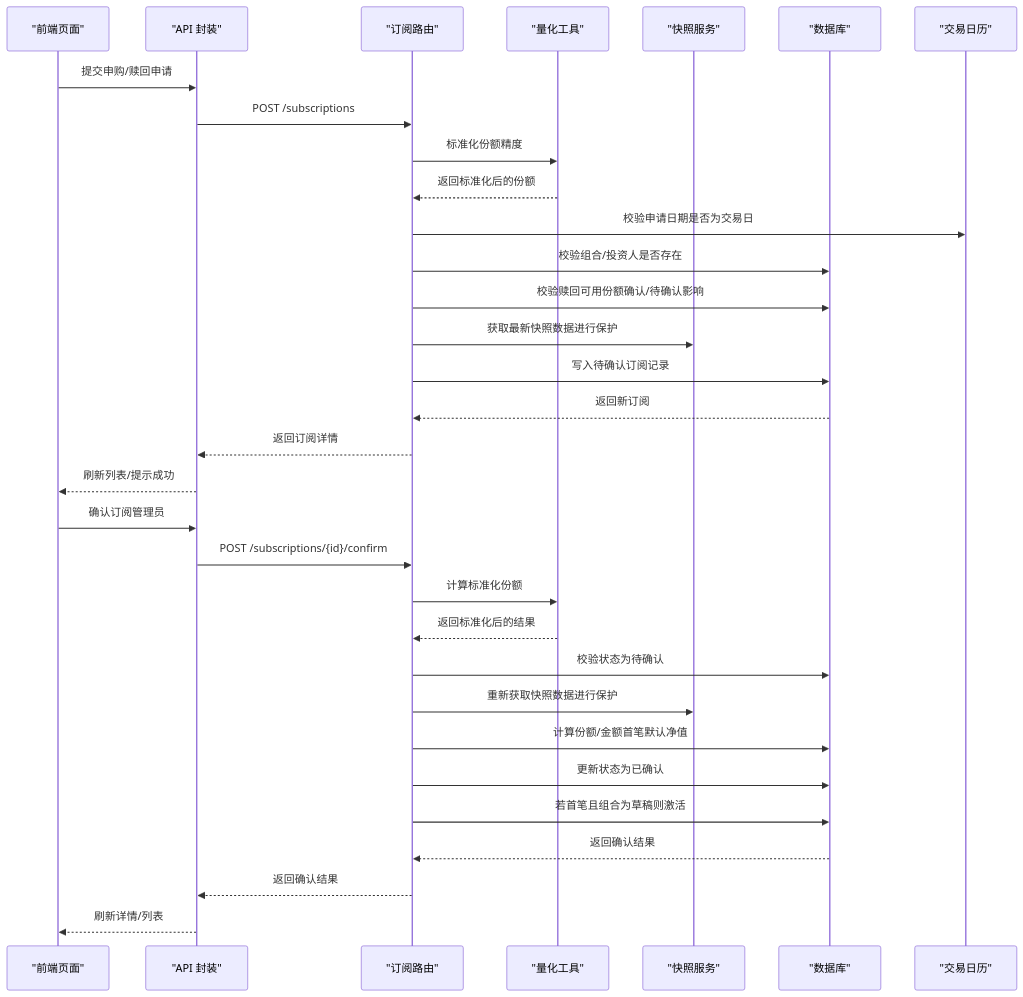
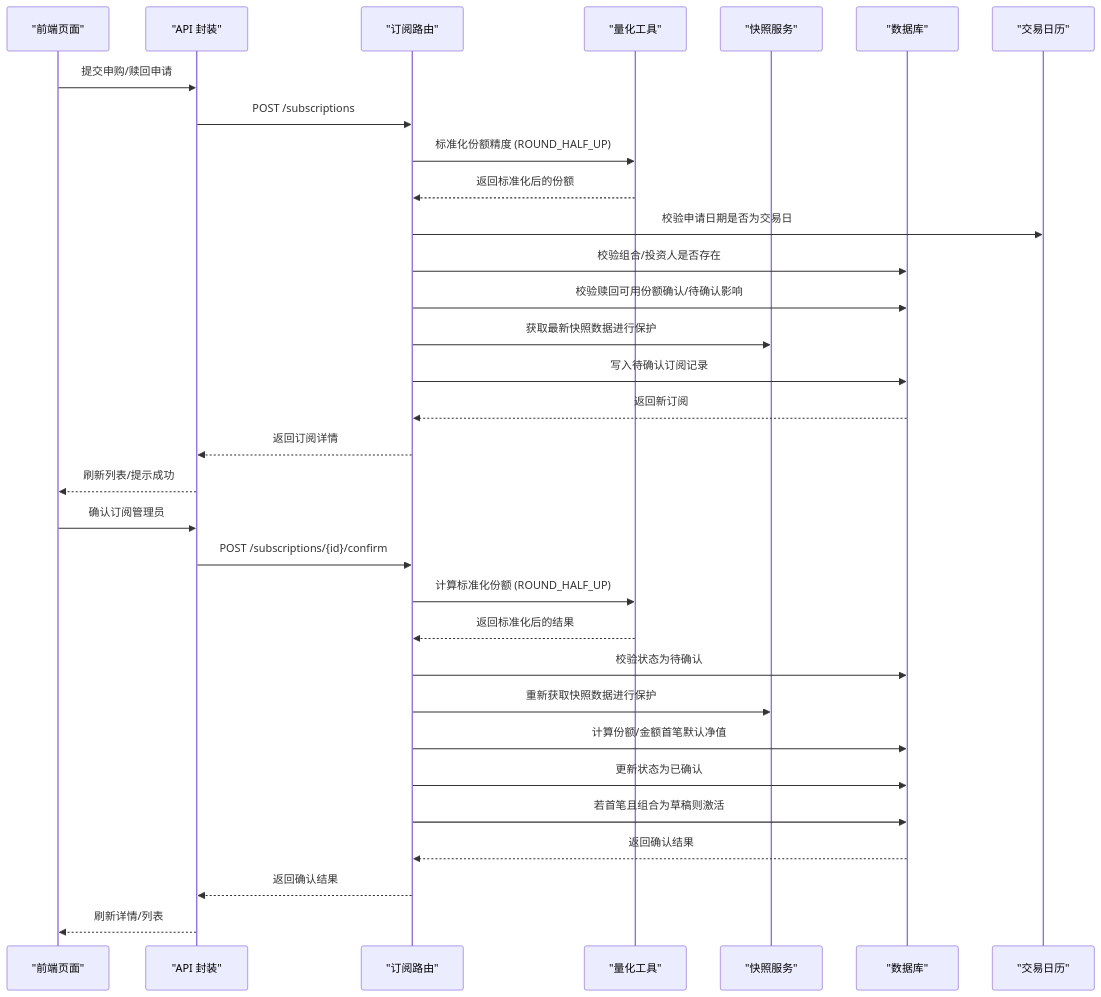
Before and after one commit to gujialind/InvestRing: the second of 7 diagrams in .qoder/repowiki/zh/content/核心业务功能/订阅管理.md, drawn with Mermaid. The commit also changed other lines of this file and 32 other files, not shown here.

````diff
--- a/.qoder/repowiki/zh/content/核心业务功能/订阅管理.md
+++ b/.qoder/repowiki/zh/content/核心业务功能/订阅管理.md
@@ -151,34 +150,34 @@
 ```mermaid
 sequenceDiagram
 participant FE as "前端页面"
 participant API as "API 封装"
 participant Router as "订阅路由"
 participant Utils as "量化工具"
 participant Snap as "快照服务"
 participant DB as "数据库"
 participant Cal as "交易日历"
 FE->>API : 提交申购/赎回申请
 API->>Router : POST /subscriptions
-Router->>Utils : 标准化份额精度
+Router->>Utils : 标准化份额精度 (ROUND_HALF_UP)
 Utils-->>Router : 返回标准化后的份额
 Router->>Cal : 校验申请日期是否为交易日
 Router->>DB : 校验组合/投资人是否存在
 Router->>DB : 校验赎回可用份额确认/待确认影响
 Router->>Snap : 获取最新快照数据进行保护
 Router->>DB : 写入待确认订阅记录
 DB-->>Router : 返回新订阅
 Router-->>API : 返回订阅详情
 API-->>FE : 刷新列表/提示成功
 FE->>API : 确认订阅管理员
 API->>Router : POST /subscriptions/{id}/confirm
-Router->>Utils : 计算标准化份额
+Router->>Utils : 计算标准化份额 (ROUND_HALF_UP)
 Utils-->>Router : 返回标准化后的结果
 Router->>DB : 校验状态为待确认
 Router->>Snap : 重新获取快照数据进行保护
 Router->>DB : 计算份额/金额首笔默认净值
 Router->>DB : 更新状态为已确认
 Router->>DB : 若首笔且组合为草稿则激活
 DB-->>Router : 返回确认结果
 Router-->>API : 返回确认结果
 API-->>FE : 刷新详情/列表
 ```
````
